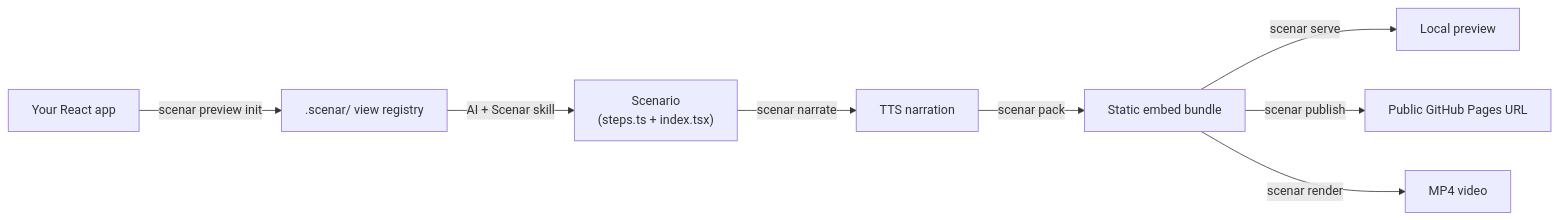
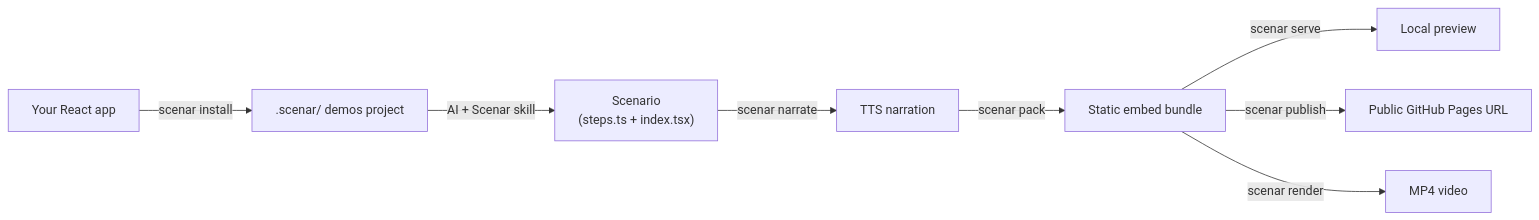
The diagram in README.md (stigmer/scenar), drawn with Mermaid before and after one commit. The commit also changed other lines of this file and 53 other files, not shown here.

First line of the commit message:
refactor(cli): collapse demos onboarding to a single `scenar install`

````diff
--- a/README.md
+++ b/README.md
@@ -21,10 +21,10 @@
 ```mermaid
 flowchart LR
-    A["Your React app"] -->|"scenar preview init"| B[".scenar/ view registry"]
+    A["Your React app"] -->|"scenar install"| B[".scenar/ demos project"]
     B -->|"AI + Scenar skill"| C["Scenario<br/>(steps.ts + index.tsx)"]
     C -->|"scenar narrate"| D["TTS narration"]
     D -->|"scenar pack"| E["Static embed bundle"]
     E -->|"scenar serve"| F["Local preview"]
     E -->|"scenar publish"| G["Public GitHub Pages URL"]
     E -->|"scenar render"| H["MP4 video"]
 ```
````
